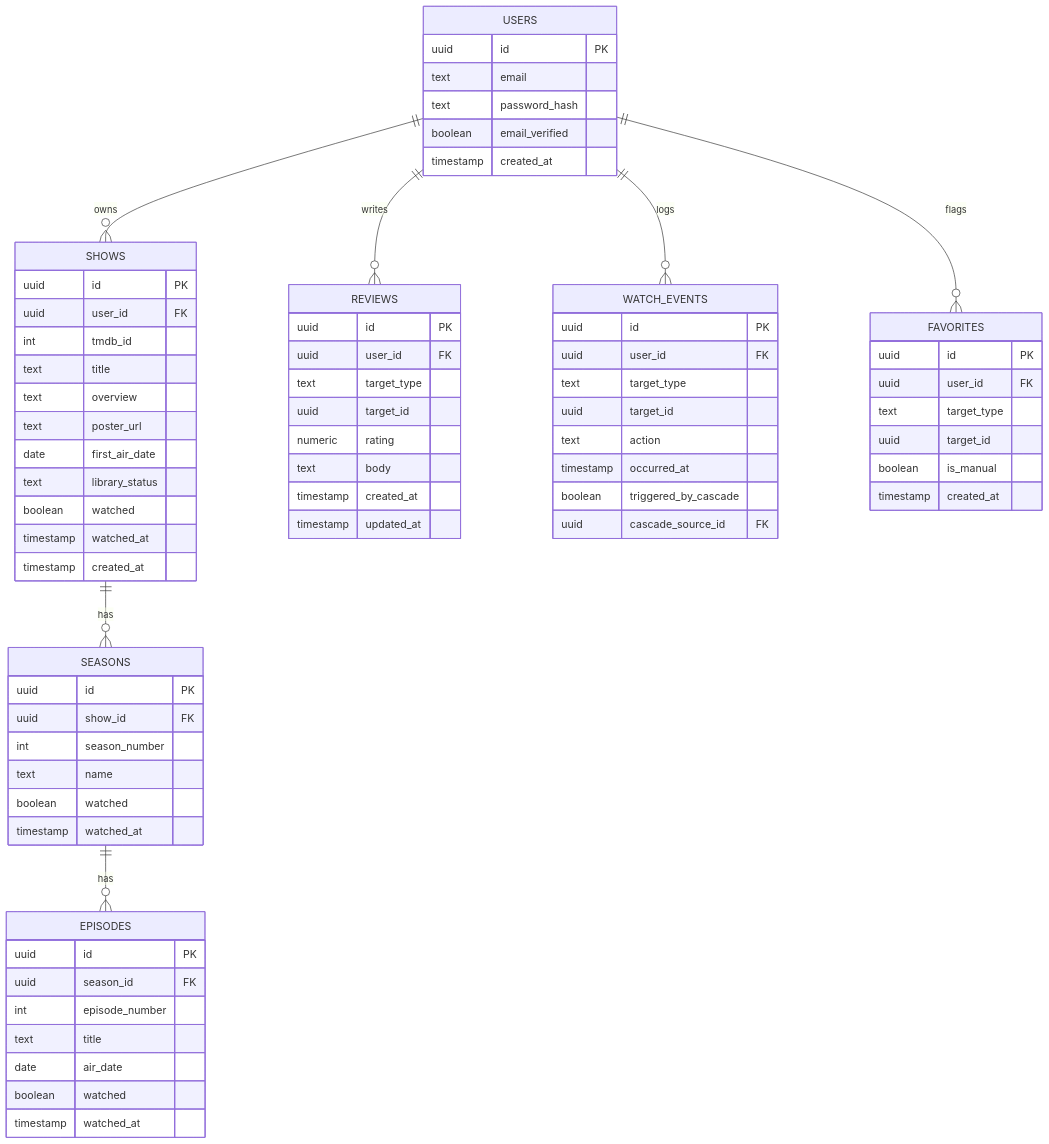
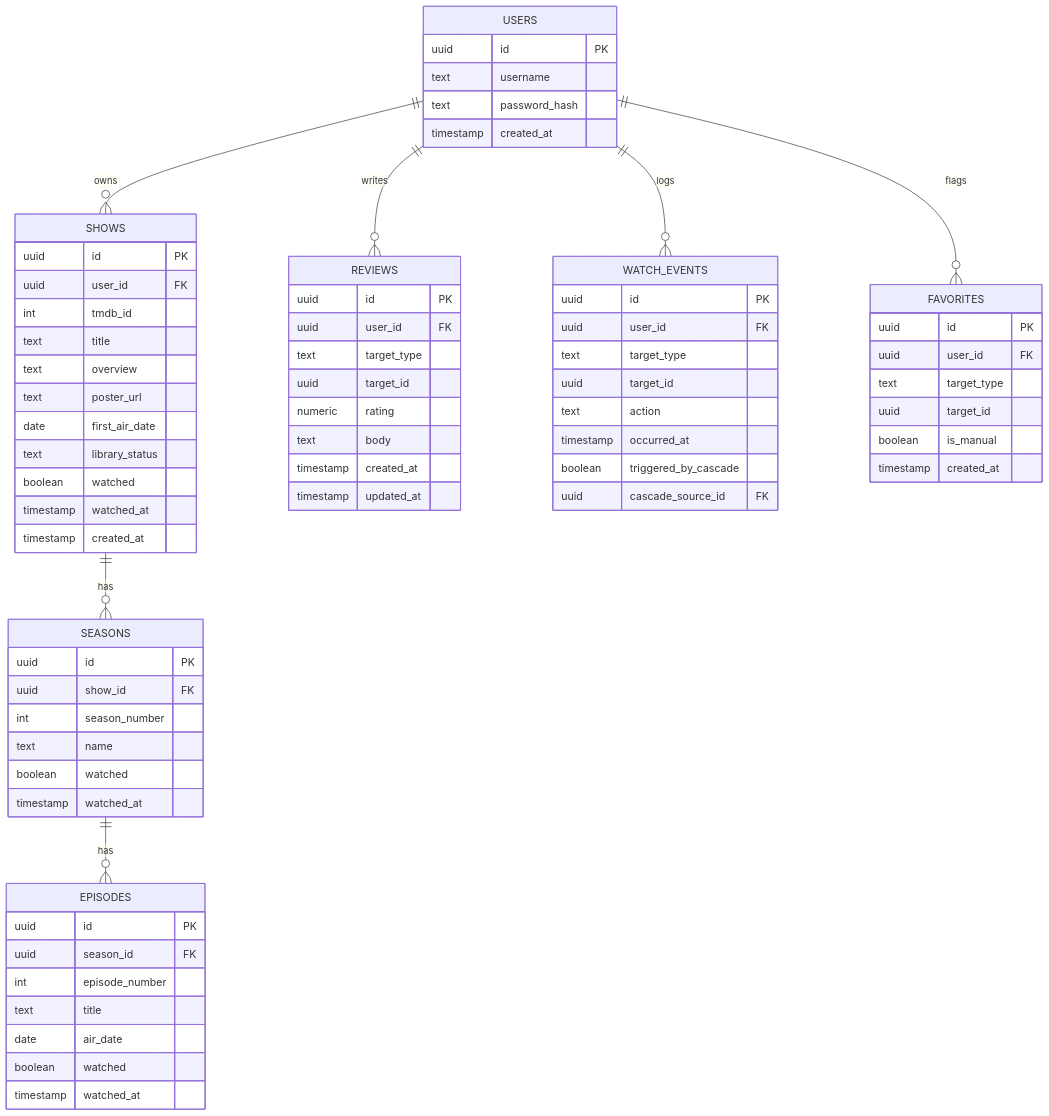
Before and after one commit to CaptainCluster/shogunate: the second of 4 diagrams in docs/ARCHITECTURE.md, drawn with Mermaid. The commit also changed other lines of this file and 50 other files, not shown here.

First line of the commit message:
refactor(auth): replace email auth with username-only flow

````diff
--- a/docs/ARCHITECTURE.md
+++ b/docs/ARCHITECTURE.md
@@ -120,75 +118,74 @@
 ```mermaid
 erDiagram
     USERS ||--o{ SHOWS : owns
     SHOWS ||--o{ SEASONS : has
     SEASONS ||--o{ EPISODES : has
     USERS ||--o{ REVIEWS : writes
     USERS ||--o{ WATCH_EVENTS : logs
     USERS ||--o{ FAVORITES : flags
 
     USERS {
         uuid id PK
-        text email
+        text username
         text password_hash
-        boolean email_verified
         timestamp created_at
     }
     SHOWS {
         uuid id PK
         uuid user_id FK
         int tmdb_id
         text title
         text overview
         text poster_url
         date first_air_date
         text library_status
         boolean watched
         timestamp watched_at
         timestamp created_at
     }
     SEASONS {
         uuid id PK
         uuid show_id FK
         int season_number
         text name
         boolean watched
         timestamp watched_at
     }
     EPISODES {
         uuid id PK
         uuid season_id FK
         int episode_number
         text title
         date air_date
         boolean watched
         timestamp watched_at
     }
     REVIEWS {
         uuid id PK
         uuid user_id FK
         text target_type
         uuid target_id
         numeric rating
         text body
         timestamp created_at
         timestamp updated_at
     }
     WATCH_EVENTS {
         uuid id PK
         uuid user_id FK
         text target_type
         uuid target_id
         text action
         timestamp occurred_at
         boolean triggered_by_cascade
         uuid cascade_source_id FK
     }
     FAVORITES {
         uuid id PK
         uuid user_id FK
         text target_type
         uuid target_id
         boolean is_manual
         timestamp created_at
     }
 ```
````
